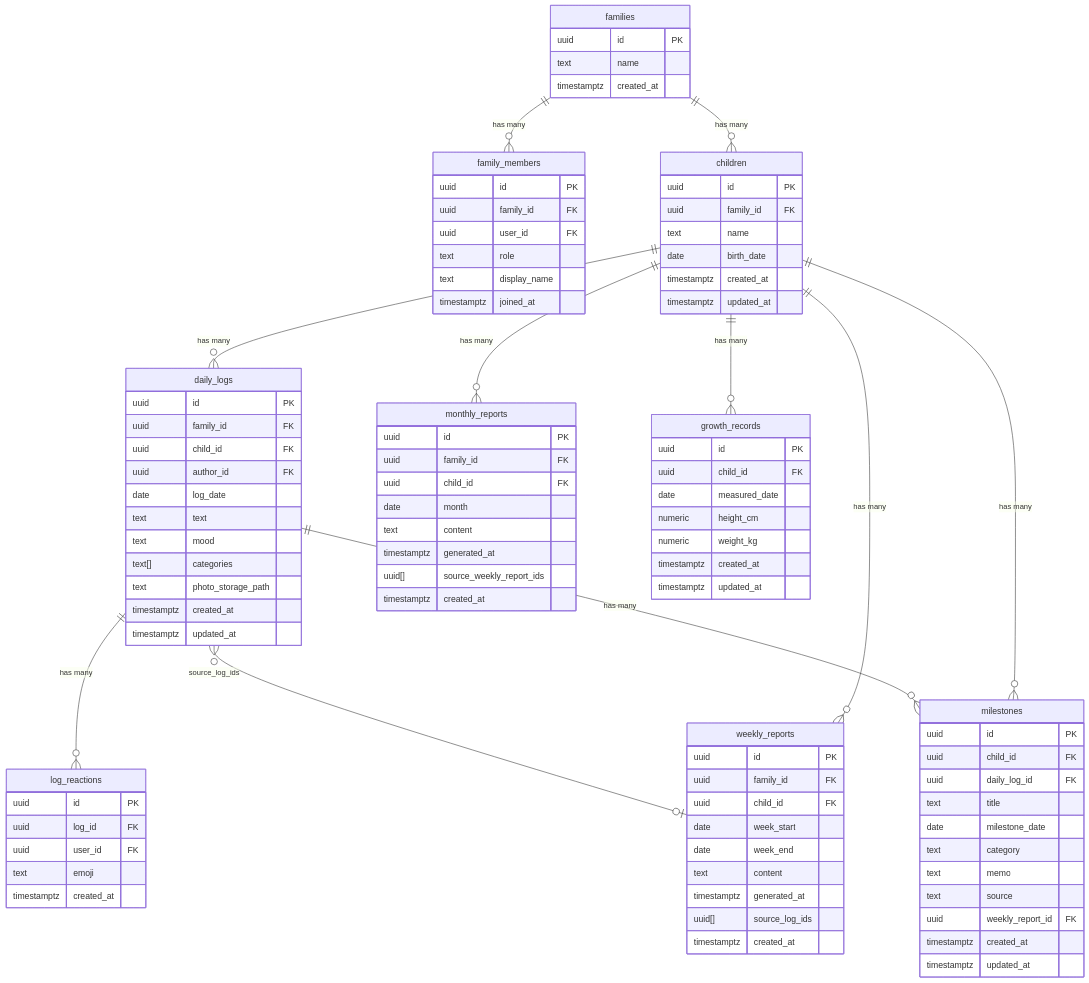
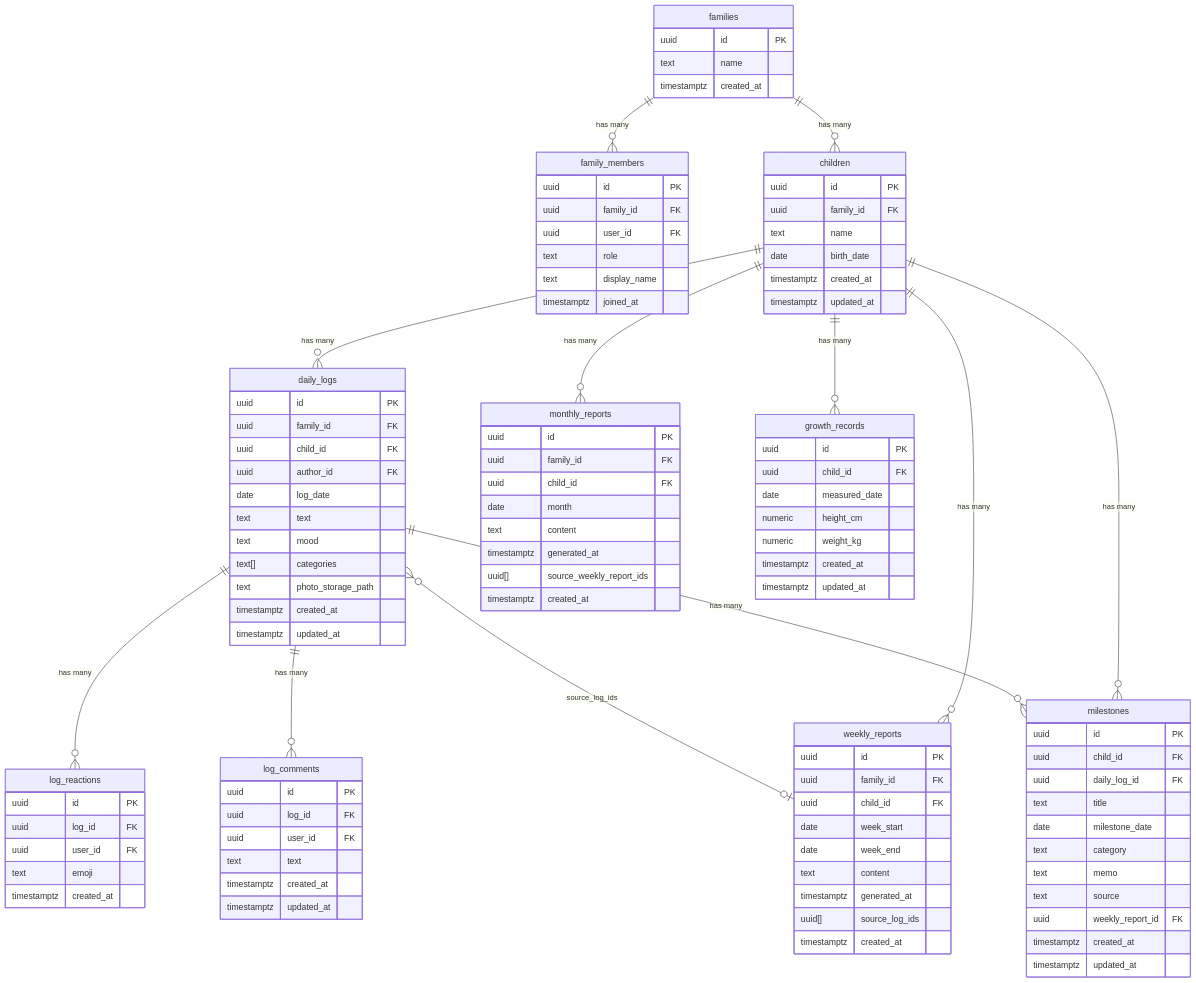
Before and after one commit to Hiroaki0117/baby-weekly-letter: the second of 4 diagrams in docs/functional-design.md, drawn with Mermaid. The commit also changed other lines of this file and 14 other files, not shown here.

```diff
--- a/docs/functional-design.md
+++ b/docs/functional-design.md
@@ -45,6 +45,7 @@
     children ||--o{ growth_records : "has many"
     children ||--o{ milestones : "has many"
     daily_logs ||--o{ log_reactions : "has many"
+    daily_logs ||--o{ log_comments : "has many"
     daily_logs ||--o{ milestones : "has many"
     daily_logs }o--o| weekly_reports : "source_log_ids"
 
@@ -117,6 +118,15 @@
         timestamptz created_at
     }
 
+    log_comments {
+        uuid id PK
+        uuid log_id FK
+        uuid user_id FK
+        text text
+        timestamptz created_at
+        timestamptz updated_at
+    }
+
     growth_records {
         uuid id PK
         uuid child_id FK
```
